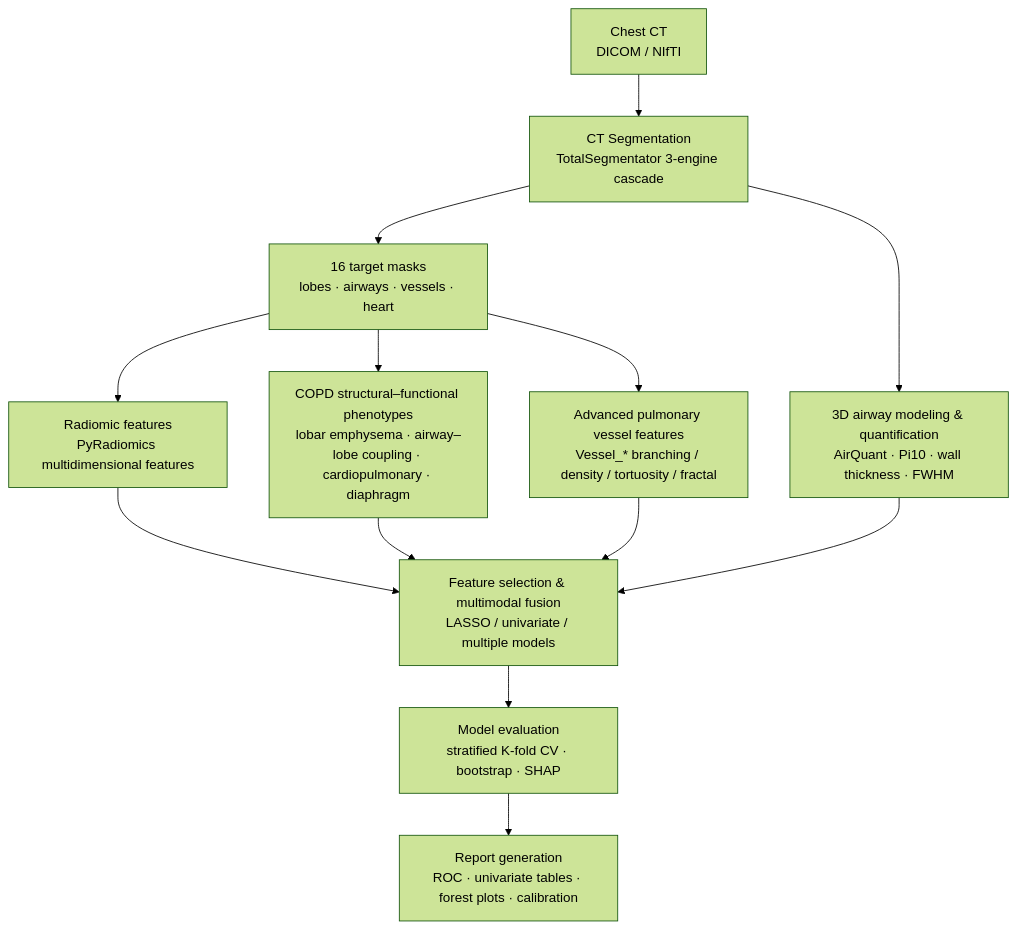
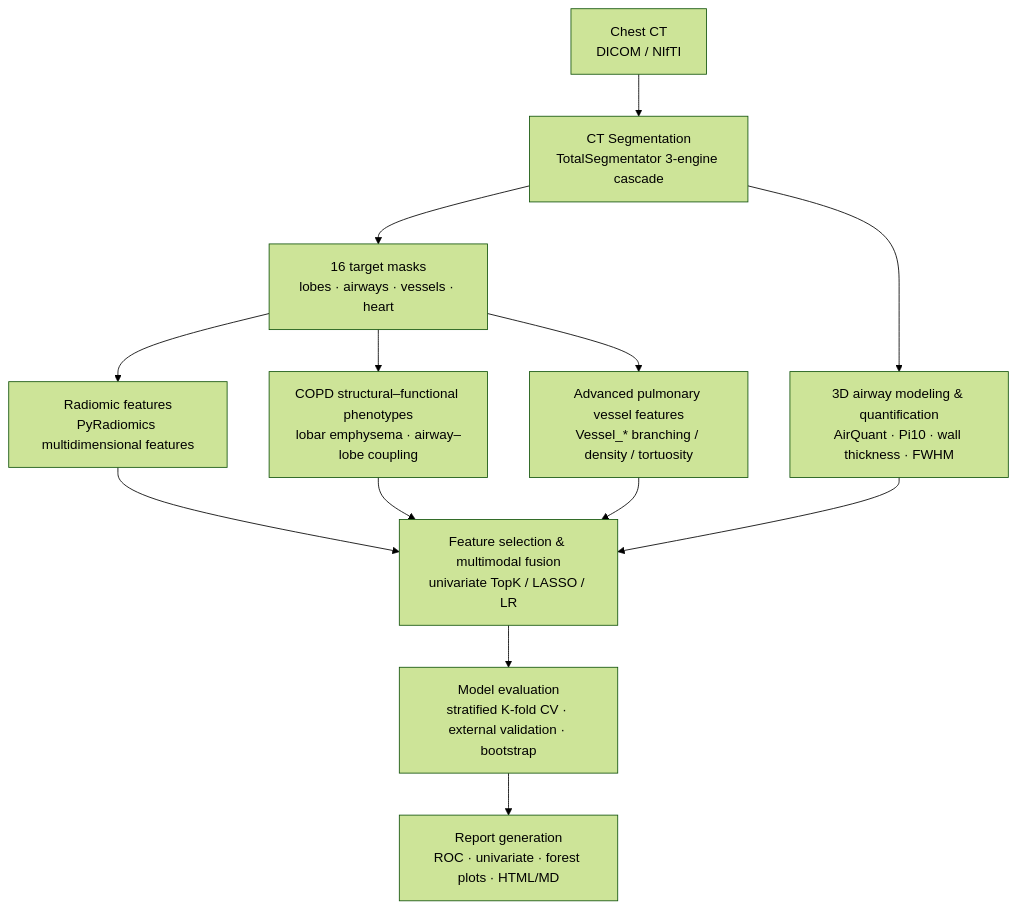
The diagram in README.md (Distagon-T/copd-radiomics), drawn with Mermaid (forest theme) before and after one commit. The commit also changed other lines of this file, not shown here.

````diff
--- a/README.md
+++ b/README.md
@@ -22,12 +30,12 @@
 ```mermaid
 flowchart TD
     A[Chest CT<br/>DICOM / NIfTI] --> B[CT Segmentation<br/>TotalSegmentator 3-engine cascade]
     B --> C[16 target masks<br/>lobes · airways · vessels · heart]
     C --> D[Radiomic features<br/>PyRadiomics multidimensional features]
-    C --> E[COPD structural–functional phenotypes<br/>lobar emphysema · airway–lobe coupling · cardiopulmonary · diaphragm]
-    C --> F[Advanced pulmonary vessel features<br/>Vessel_* branching / density / tortuosity / fractal]
+    C --> E[COPD structural–functional phenotypes<br/>lobar emphysema · airway–lobe coupling]
+    C --> F[Advanced pulmonary vessel features<br/>Vessel_* branching / density / tortuosity]
     B --> G[3D airway modeling & quantification<br/>AirQuant · Pi10 · wall thickness · FWHM]
-    D & E & F & G --> H[Feature selection & multimodal fusion<br/>LASSO / univariate / multiple models]
-    H --> I[Model evaluation<br/>stratified K-fold CV · bootstrap · SHAP]
-    I --> J[Report generation<br/>ROC · univariate tables · forest plots · calibration]
+    D & E & F & G --> H[Feature selection & multimodal fusion<br/>univariate TopK / LASSO / LR]
+    H --> I[Model evaluation<br/>stratified K-fold CV · external validation · bootstrap]
+    I --> J[Report generation<br/>ROC · univariate · forest plots · HTML/MD]
 ```
````
